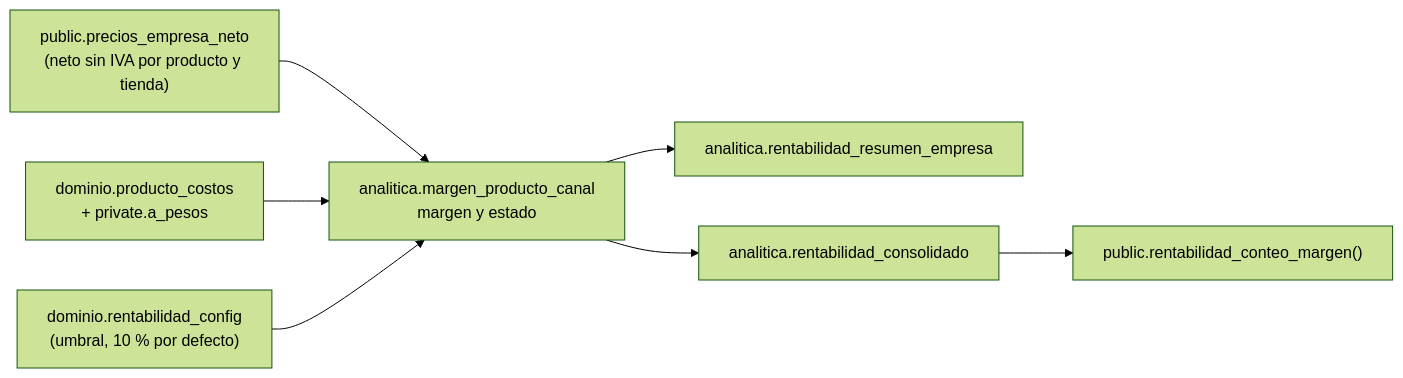
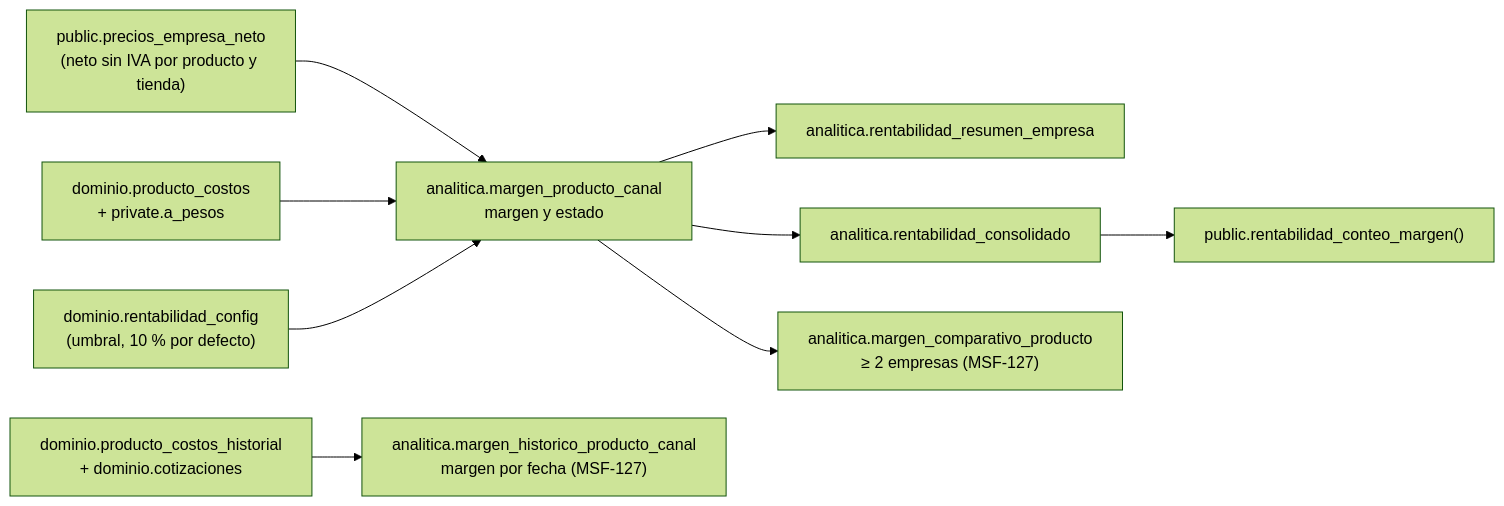
Before and after one commit to nicolasjones/multistorefront-meli: the third of 4 diagrams in docs/tecnico/rentabilidad.md, drawn with Mermaid (forest theme). The commit also changed other lines of this file and 7 other files, not shown here.

First line of the commit message:
docs(MSF-127): actualiza documentación de producto y técnica

````diff
--- a/docs/tecnico/rentabilidad.md
+++ b/docs/tecnico/rentabilidad.md
@@ -139,9 +170,11 @@
 ```mermaid
 flowchart LR
   N["public.precios_empresa_neto<br/>(neto sin IVA por producto y tienda)"] --> M
   K["dominio.producto_costos<br/>+ private.a_pesos"] --> M
   C["dominio.rentabilidad_config<br/>(umbral, 10 % por defecto)"] --> M
   M["analitica.margen_producto_canal<br/>margen y estado"] --> R["analitica.rentabilidad_resumen_empresa"]
   M --> S["analitica.rentabilidad_consolidado"]
   S --> Q["public.rentabilidad_conteo_margen()"]
+  M --> X["analitica.margen_comparativo_producto<br/>≥ 2 empresas (MSF-127)"]
+  H["dominio.producto_costos_historial<br/>+ dominio.cotizaciones"] --> Y["analitica.margen_historico_producto_canal<br/>margen por fecha (MSF-127)"]
 ```
````
